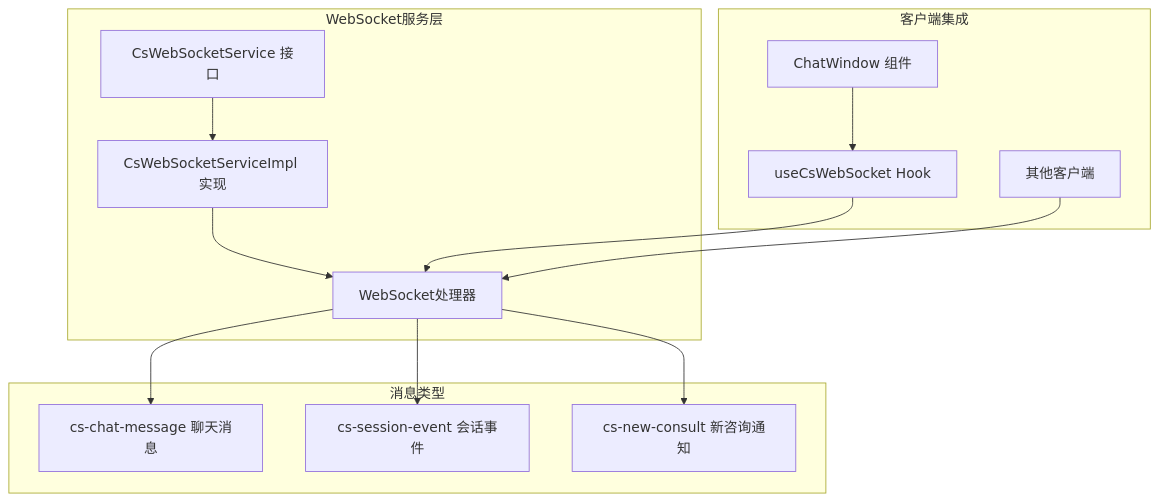
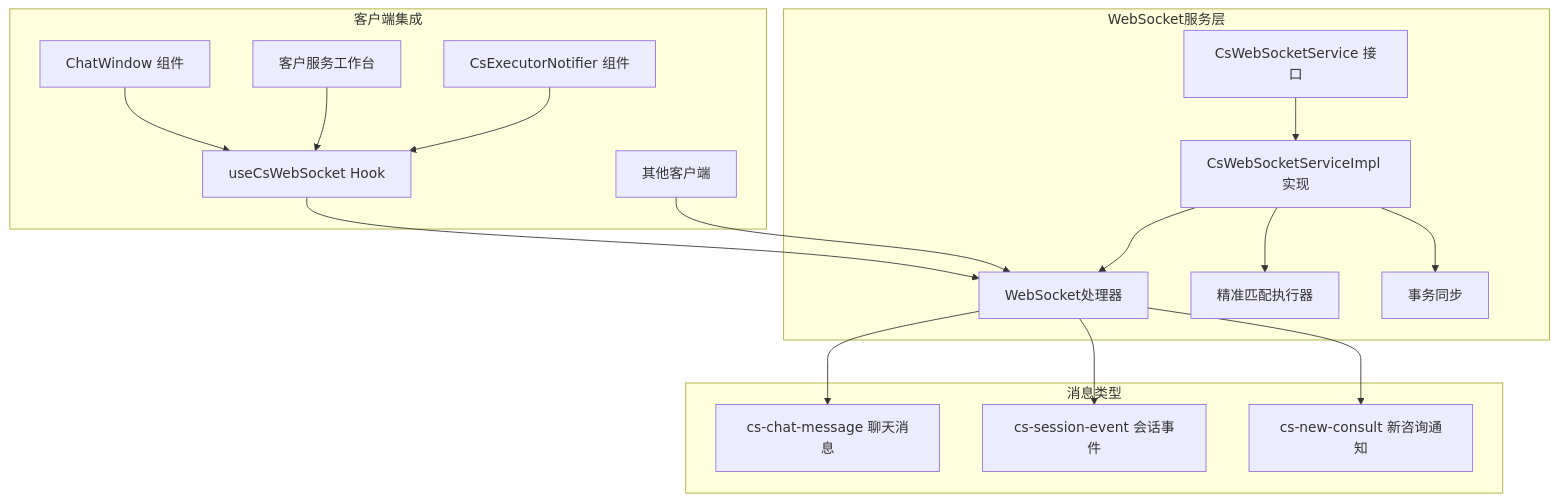
One commit to xiaoche80s-tech/rouyi-vue-pro changed diagram 19 of 27 in .qoder/repowiki/zh/content/核心模块/客户服务模块.md. Above: the diagram before and after it, drawn with Mermaid. The commit also changed other lines of this file and 534 other files, not shown here.

````diff
--- a/.qoder/repowiki/zh/content/核心模块/客户服务模块.md
+++ b/.qoder/repowiki/zh/content/核心模块/客户服务模块.md
@@ -726,26 +928,34 @@
 ```mermaid
 graph TB
 subgraph "WebSocket服务层"
 WS_INTERFACE[CsWebSocketService 接口]
 WS_IMPL[CsWebSocketServiceImpl 实现]
 WS_HANDLER[WebSocket处理器]
+PRECISE_MATCH[精准匹配执行器]
+TRANSACTION_SYNC[事务同步]
 end
 subgraph "消息类型"
 CHAT_MESSAGE[cs-chat-message 聊天消息]
 SESSION_EVENT[cs-session-event 会话事件]
 NEW_CONSULT[cs-new-consult 新咨询通知]
 end
 subgraph "客户端集成"
 USE_HOOK[useCsWebSocket Hook]
 CHAT_WINDOW[ChatWindow 组件]
+WORKBENCH[客户服务工作台]
+EXECUTOR_NOTIFIER[CsExecutorNotifier 组件]
 OTHER_CLIENTS[其他客户端]
 end
 WS_INTERFACE --> WS_IMPL
 WS_IMPL --> WS_HANDLER
+WS_IMPL --> PRECISE_MATCH
+WS_IMPL --> TRANSACTION_SYNC
 WS_HANDLER --> CHAT_MESSAGE
 WS_HANDLER --> SESSION_EVENT
 WS_HANDLER --> NEW_CONSULT
 USE_HOOK --> WS_HANDLER
 CHAT_WINDOW --> USE_HOOK
+WORKBENCH --> USE_HOOK
+EXECUTOR_NOTIFIER --> USE_HOOK
 OTHER_CLIENTS --> WS_HANDLER
 ```
````
